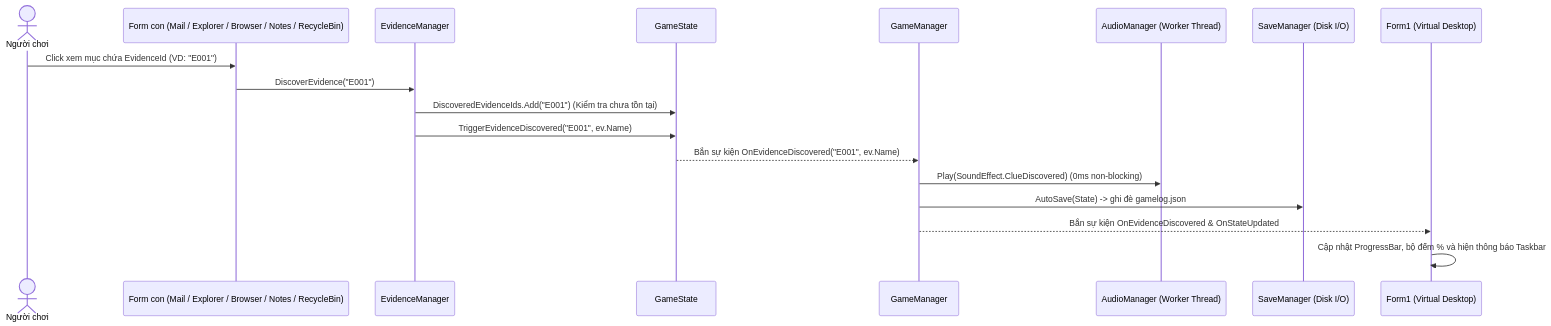
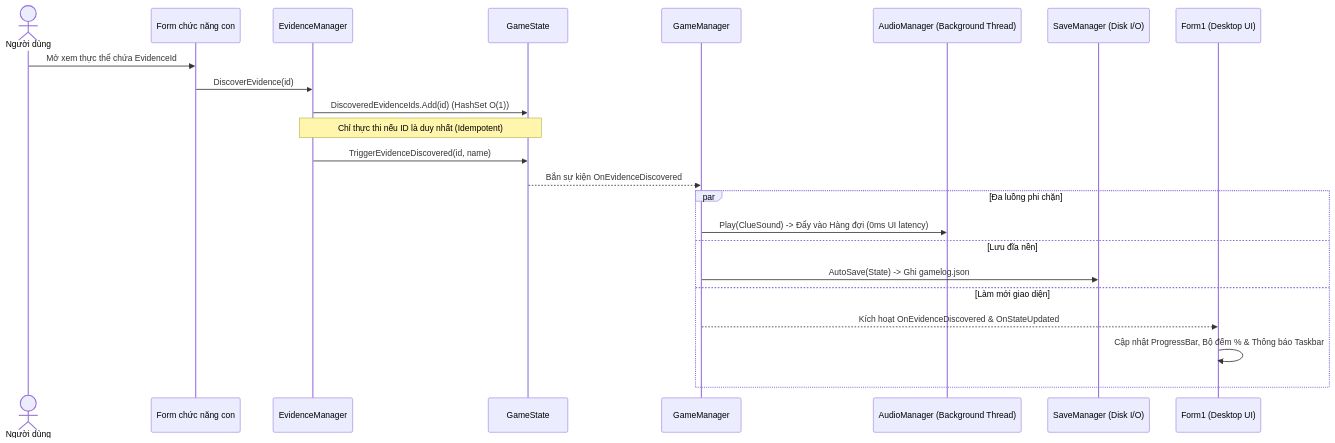
The second of 5 diagrams in README.md (soda2611/Detective_Desktop), drawn with Mermaid before and after one commit. The commit also changed other lines of this file, not shown here.

````diff
--- a/README.md
+++ b/README.md
@@ -127,21 +126,26 @@
 ```mermaid
 sequenceDiagram
-    actor Player as Người chơi
-    participant ChildForm as Form con (Mail / Explorer / Browser / Notes / RecycleBin)
+    actor User as Người dùng
+    participant Form as Form chức năng con
     participant EvMgr as EvidenceManager
     participant State as GameState
-    participant GameMgr as GameManager
-    participant Audio as AudioManager (Worker Thread)
-    participant Save as SaveManager (Disk I/O)
-    participant MainUI as Form1 (Virtual Desktop)
+    participant GM as GameManager
+    participant Audio as AudioManager (Background Thread)
+    participant Disk as SaveManager (Disk I/O)
+    participant Desktop as Form1 (Desktop UI)
 
-    Player->>ChildForm: Click xem mục chứa EvidenceId (VD: "E001")
-    ChildForm->>EvMgr: DiscoverEvidence("E001")
-    EvMgr->>State: DiscoveredEvidenceIds.Add("E001") (Kiểm tra chưa tồn tại)
-    EvMgr->>State: TriggerEvidenceDiscovered("E001", ev.Name)
-    State-->>GameMgr: Bắn sự kiện OnEvidenceDiscovered("E001", ev.Name)
-    GameMgr->>Audio: Play(SoundEffect.ClueDiscovered) (0ms non-blocking)
-    GameMgr->>Save: AutoSave(State) -> ghi đè gamelog.json
-    GameMgr-->>MainUI: Bắn sự kiện OnEvidenceDiscovered & OnStateUpdated
-    MainUI->>MainUI: Cập nhật ProgressBar, bộ đếm % và hiện thông báo Taskbar
+    User->>Form: Mở xem thực thể chứa EvidenceId
+    Form->>EvMgr: DiscoverEvidence(id)
+    EvMgr->>State: DiscoveredEvidenceIds.Add(id) (HashSet O(1))
+    Note over EvMgr,State: Chỉ thực thi nếu ID là duy nhất (Idempotent)
+    EvMgr->>State: TriggerEvidenceDiscovered(id, name)
+    State-->>GM: Bắn sự kiện OnEvidenceDiscovered
+    par Đa luồng phi chặn
+        GM->>Audio: Play(ClueSound) -> Đẩy vào Hàng đợi (0ms UI latency)
+    and Lưu đĩa nền
+        GM->>Disk: AutoSave(State) -> Ghi gamelog.json
+    and Làm mới giao diện
+        GM-->>Desktop: Kích hoạt OnEvidenceDiscovered & OnStateUpdated
+        Desktop->>Desktop: Cập nhật ProgressBar, Bộ đếm % & Thông báo Taskbar
+    end
 ```
````
